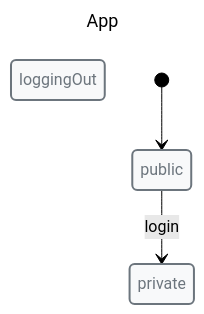
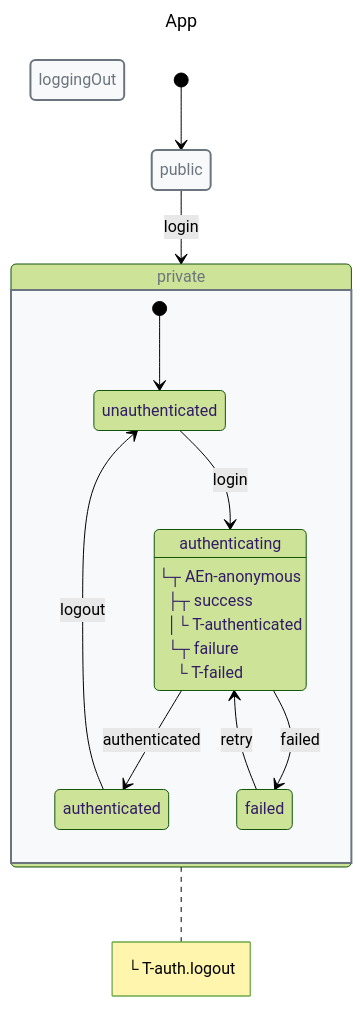
Before and after one commit to Masquerade-Circus/x-robot: the second of 2 diagrams in docs/concepts/nested.md, drawn with Mermaid (forest theme). The commit also changed other lines of this file and 64 other files, not shown here.

First line of the commit message:
refactor(documentate): expand documentate diagram exports

````diff
--- a/docs/concepts/nested.md
+++ b/docs/concepts/nested.md
@@ -63,26 +74,45 @@
 ```mermaid
 ---
 title: App
 ---
 
 stateDiagram-v2
 direction TB
 
 classDef danger fill:#f8d7da,stroke:#721c24,stroke-width:2px,text-align:left,color:#721c24
 classDef warning fill:#fff3cd,stroke:#856404,stroke-width:2px,text-align:left,color:#856404
 classDef success fill:#d4edda,stroke:#155724,stroke-width:2px,text-align:left,color:#155724
 classDef primary fill:#cce5ff,stroke:#004085,stroke-width:2px,text-align:left,color:#004085
 classDef info fill:#d1ecf1,stroke:#0c5460,stroke-width:2px,text-align:left,color:#0c5460
 classDef def fill:#f8f9fa,stroke:#6c757d,stroke-width:2px,text-align:left,color:#6c757d
 
 state "public" as public
 state "private" as private
 state "loggingOut" as loggingOut
 class public def
 class private def
 class loggingOut def
 
+state private {
+  state "unauthenticated" as PrivateAuthUnauthenticated
+  state "authenticating" as PrivateAuthAuthenticating
+  state "authenticated" as PrivateAuthAuthenticated
+  state "failed" as PrivateAuthFailed
+
+  PrivateAuthAuthenticating: └┬ AEn-anonymous<br> ├┬ success<br> │└ T-authenticated<br> └┬ failure<br>  └ T-failed
+
+  [*] --> PrivateAuthUnauthenticated
+  PrivateAuthUnauthenticated --> PrivateAuthAuthenticating: login
+  PrivateAuthAuthenticating --> PrivateAuthAuthenticated: authenticated
+  PrivateAuthAuthenticating --> PrivateAuthFailed: failed
+  PrivateAuthAuthenticated --> PrivateAuthUnauthenticated: logout
+  PrivateAuthFailed --> PrivateAuthAuthenticating: retry
+}
+
+note right of private
+  └ T-auth.logout
+end note
 
 [*] --> public
 public --> private: login
 ```
````
